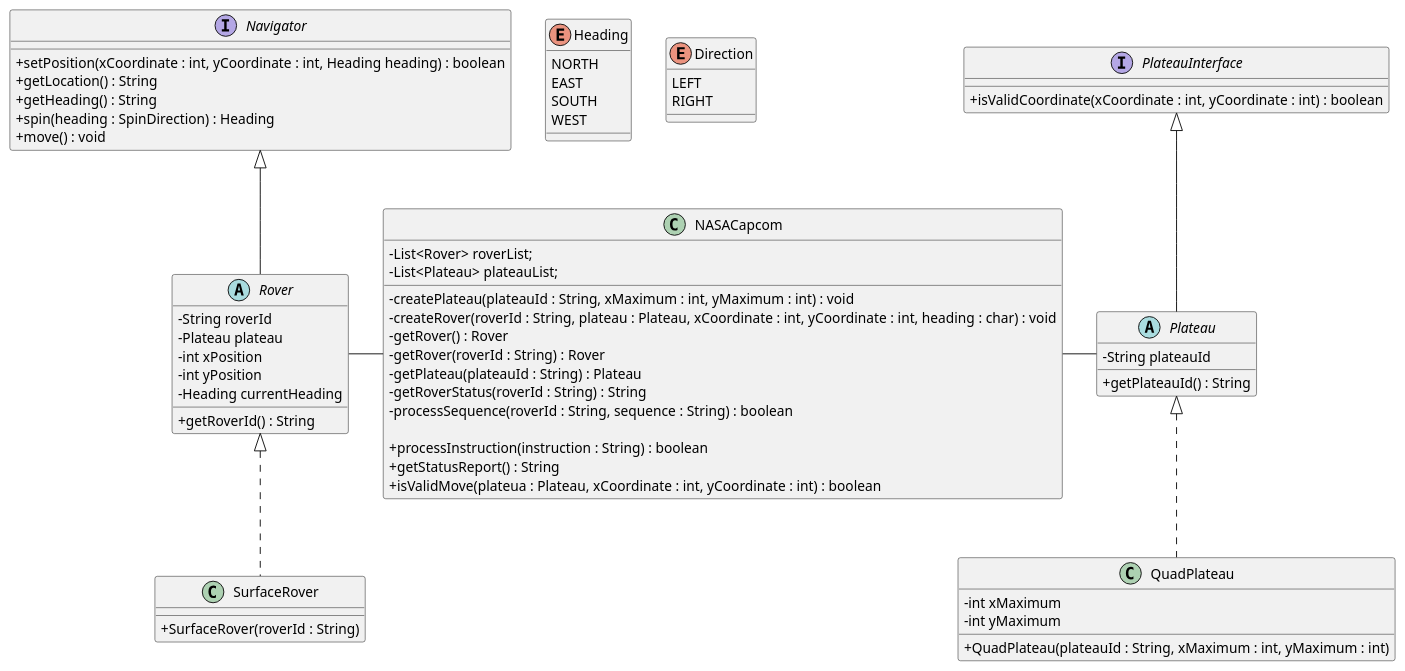
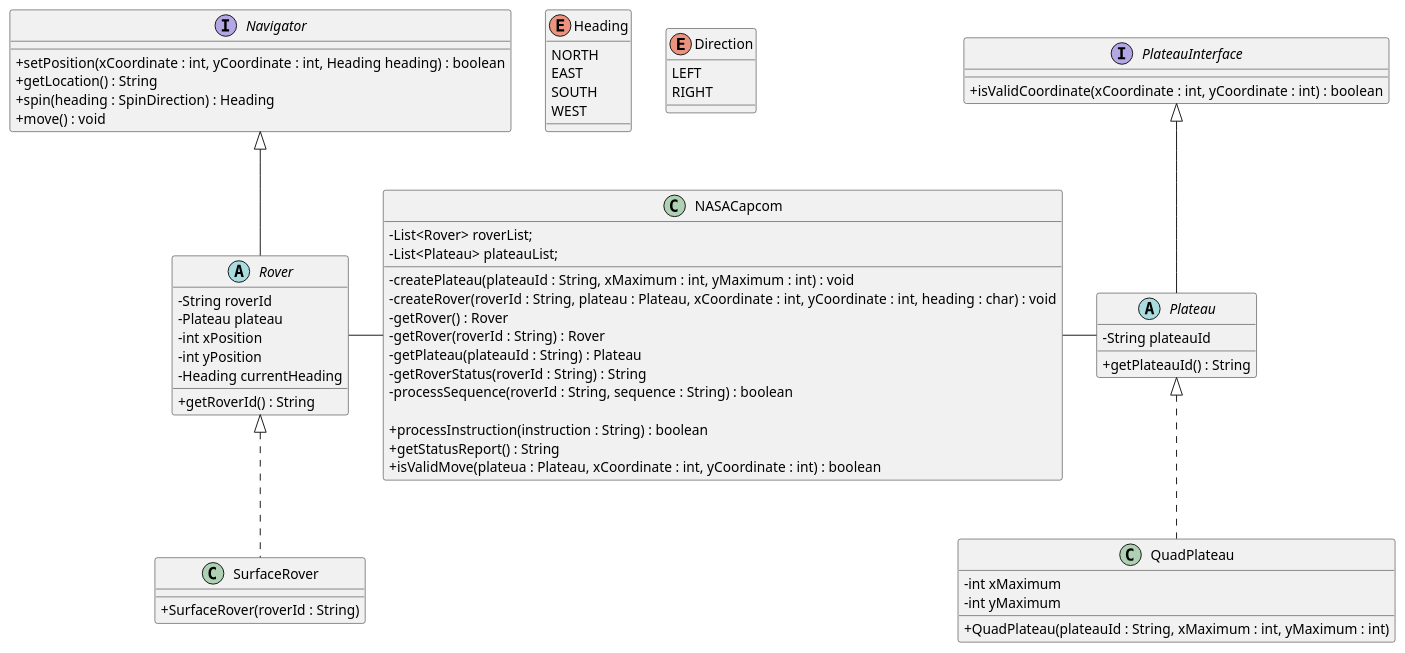
One commit to probert999/mars-rover changed the diagram in uml/MarsRoverClassDiagram.puml. Above: the diagram before and after it, drawn with PlantUML. The commit also changed 5 other files, not shown here.

Commit message:
UML - no need for getHeading method. Added getLocation method ans tests

```diff
--- a/uml/MarsRoverClassDiagram.puml
+++ b/uml/MarsRoverClassDiagram.puml
@@ -1,81 +1,80 @@
 @startuml
 skinparam classAttributeIconSize 0
 
 interface Navigator {
     + setPosition(xCoordinate : int, yCoordinate : int, Heading heading) : boolean
     + getLocation() : String
-    + getHeading() : String
     + spin(heading : SpinDirection) : Heading
     + move() : void
 }
 
 abstract class Rover extends Navigator  {
   - String roverId
   - Plateau plateau
   - int xPosition
   - int yPosition
   - Heading currentHeading
 
   + getRoverId() : String
 }
 
 class SurfaceRover implements Rover  {
     + SurfaceRover(roverId : String)
 }
 
 interface PlateauInterface  {
    + isValidCoordinate(xCoordinate : int, yCoordinate : int) : boolean
 }
 
 abstract class Plateau extends PlateauInterface {
   - String plateauId
   + getPlateauId() : String
 }
 
 class QuadPlateau implements Plateau {
   - int xMaximum
   - int yMaximum
 
    + QuadPlateau(plateauId : String, xMaximum : int, yMaximum : int)
 
 }
 
 
 enum Heading
 {
 NORTH
 EAST
 SOUTH
 WEST
 }
 
 enum Direction
 {
 LEFT
 RIGHT
 }
 
 class NASACapcom {
   - List<Rover> roverList;
   - List<Plateau> plateauList;
 
   - createPlateau(plateauId : String, xMaximum : int, yMaximum : int) : void
   - createRover(roverId : String, plateau : Plateau, xCoordinate : int, yCoordinate : int, heading : char) : void
   - getRover() : Rover
   - getRover(roverId : String) : Rover
   - getPlateau(plateauId : String) : Plateau
   - getRoverStatus(roverId : String) : String
   - processSequence(roverId : String, sequence : String) : boolean
 
   + processInstruction(instruction : String) : boolean
   + getStatusReport() : String
   + isValidMove(plateua : Plateau, xCoordinate : int, yCoordinate : int) : boolean
 }
 
 NASACapcom - Plateau
 Rover - NASACapcom
 
 
 Heading -[hidden] Navigator
 Heading -[hidden] Direction
 @enduml
```
